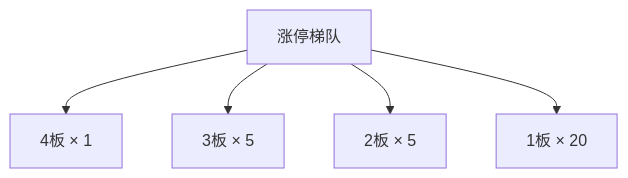
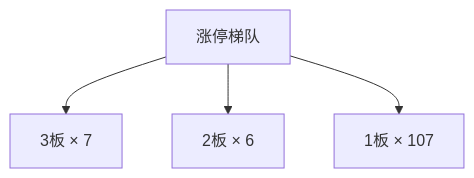
The second of 3 diagrams in content/投研交易/盘中分析/20261104.md (chenyang1999/chzl-kg), drawn with Mermaid before and after one commit. The commit also changed other lines of this file and 31 other files, not shown here.

````diff
--- a/content/投研交易/盘中分析/20261104.md
+++ b/content/投研交易/盘中分析/20261104.md
@@ -67,12 +70,10 @@
 ```mermaid
 flowchart TD
-    B_4板["4板 × 1"]
-    B_3板["3板 × 5"]
-    B_2板["2板 × 5"]
-    B_1板["1板 × 20"]
+    B_0["3板 × 7"]
+    B_1["2板 × 6"]
+    B_2["1板 × 107"]
     ROOT["涨停梯队"]
-    ROOT --> B_4板
-    ROOT --> B_3板
-    ROOT --> B_2板
-    ROOT --> B_1板
+    ROOT --> B_0
+    ROOT --> B_1
+    ROOT --> B_2
 ```
````
